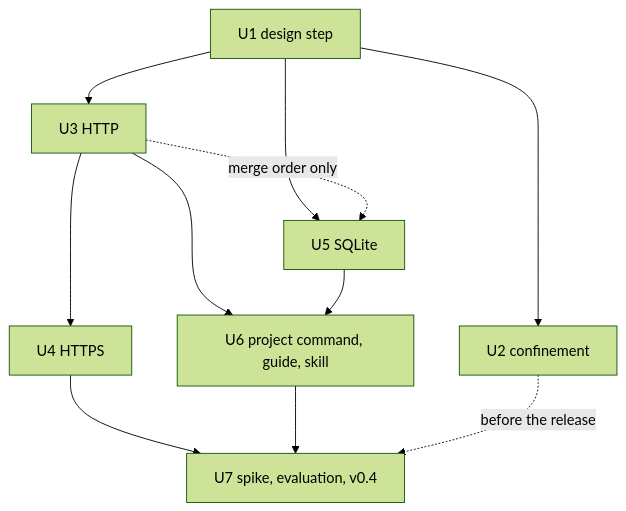
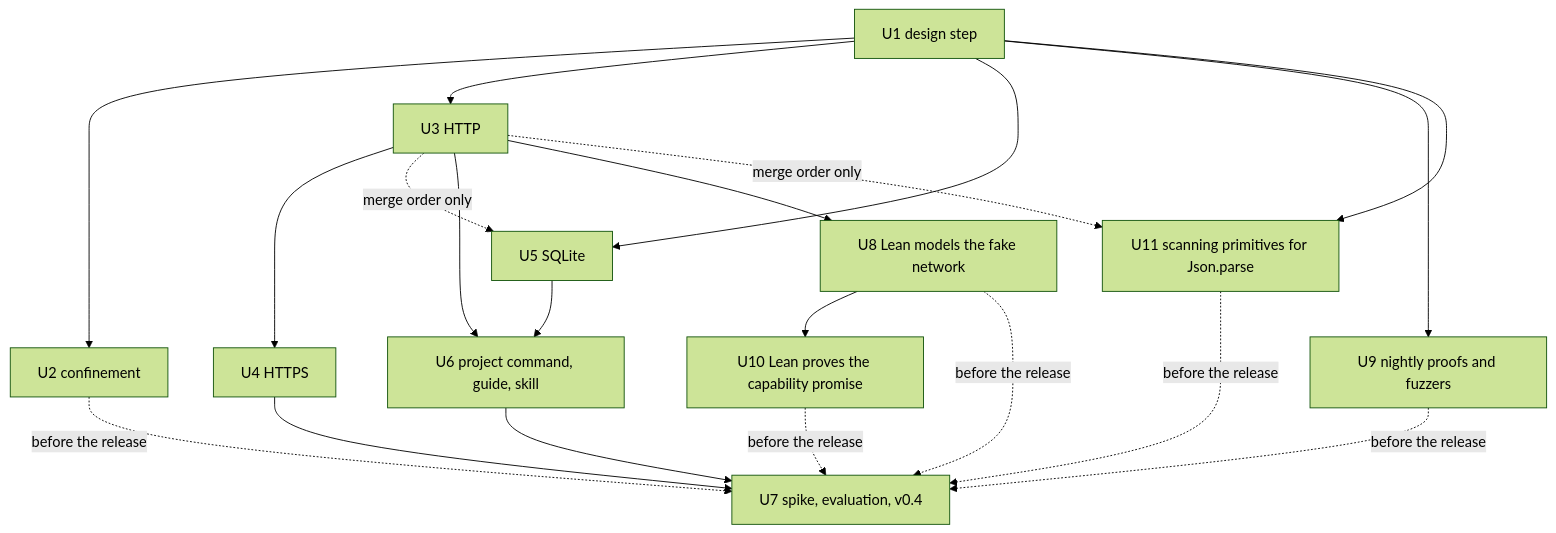
The second of 2 diagrams in docs/plans/2026-11-17-1900-feat-phase7-outside-world-plan.md (robertguss/mo), drawn with Mermaid (forest theme) before and after one commit. The commit also changed other lines of this file and 44 other files, not shown here.

First line of the commit message:
Add Phase 7's approved design, and make Json.parse fast enough to meet its bar (#360)

````diff
--- a/docs/plans/2026-11-17-1900-feat-phase7-outside-world-plan.md
+++ b/docs/plans/2026-11-17-1900-feat-phase7-outside-world-plan.md
@@ -250,13 +253,22 @@
 ```mermaid
 flowchart TB
   U1[U1 design step] --> U2[U2 confinement]
   U1 --> U3[U3 HTTP]
   U1 --> U5[U5 SQLite]
   U3 --> U4[U4 HTTPS]
   U3 -.->|merge order only| U5
   U3 --> U6[U6 project command, guide, skill]
   U5 --> U6
+  U3 --> U8[U8 Lean models the fake network]
+  U1 --> U9[U9 nightly proofs and fuzzers]
+  U8 --> U10[U10 Lean proves the capability promise]
+  U1 --> U11[U11 scanning primitives for Json.parse]
+  U3 -.->|merge order only| U11
   U4 --> U7[U7 spike, evaluation, v0.4]
   U6 --> U7
   U2 -.->|before the release| U7
+  U8 -.->|before the release| U7
+  U9 -.->|before the release| U7
+  U10 -.->|before the release| U7
+  U11 -.->|before the release| U7
 ```
````
